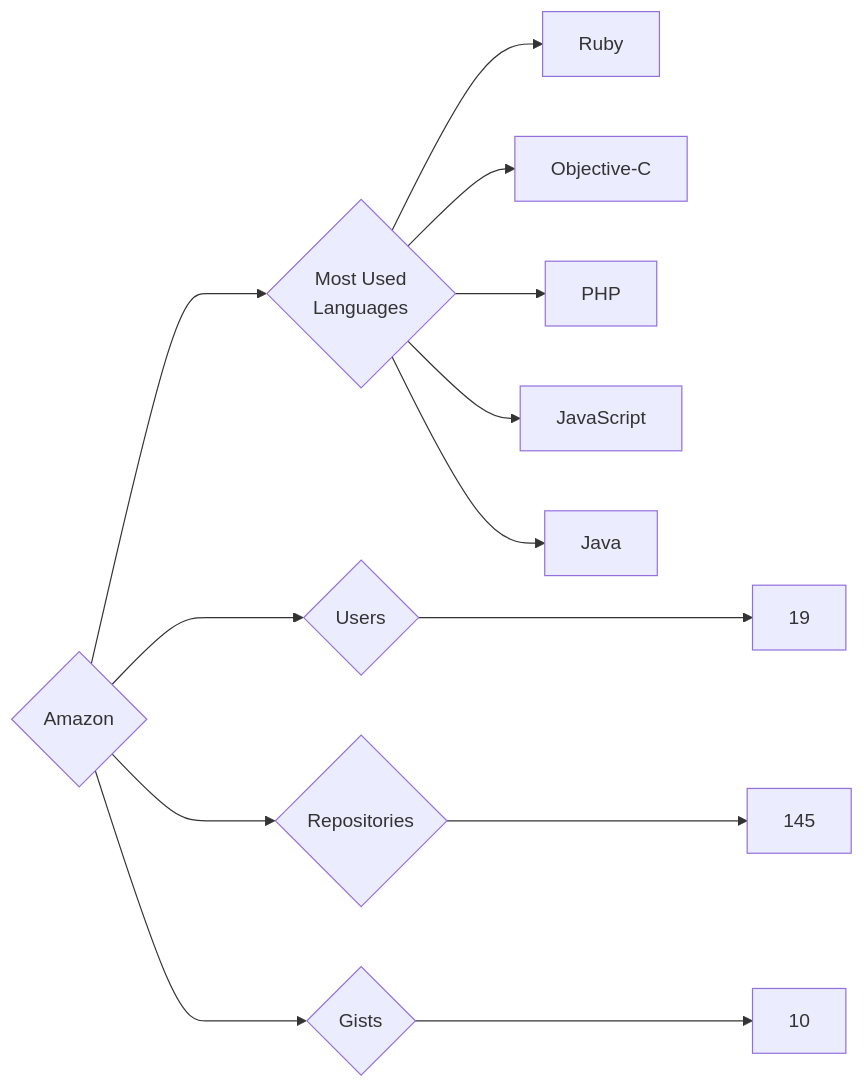
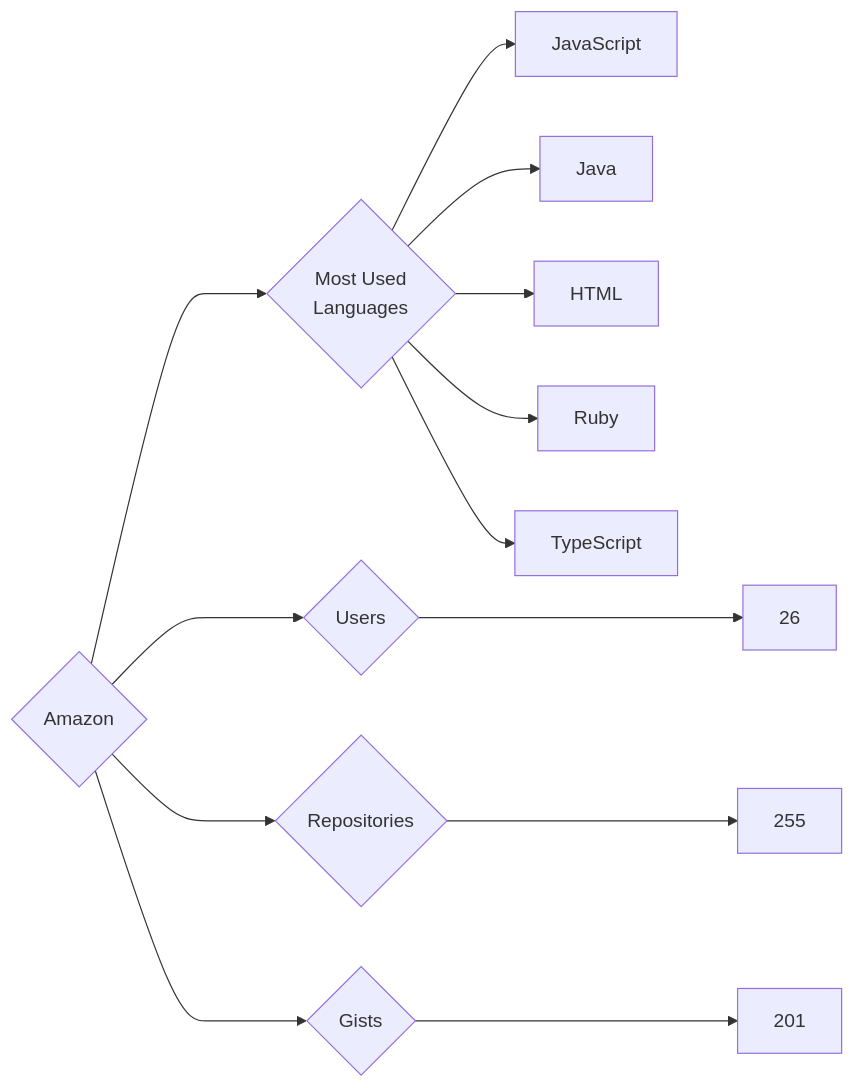
The diagram in targets/Amazon/README.md (trickest/insiders), drawn with Mermaid before and after one commit. The commit also changed 872 other files, not shown here.

````diff
--- a/targets/Amazon/README.md
+++ b/targets/Amazon/README.md
@@ -3,13 +3,13 @@
 ```mermaid
 graph LR
 COMPANY_NAME{Amazon}
-COMPANY_NAME ---> U{Users} ---> UN[19]
-COMPANY_NAME ---> R{Repositories} ---> RN[145]
-COMPANY_NAME ---> G{Gists} ---> GN[10]
+COMPANY_NAME ---> U{Users} ---> UN[26]
+COMPANY_NAME ---> R{Repositories} ---> RN[255]
+COMPANY_NAME ---> G{Gists} ---> GN[201]
 COMPANY_NAME ---> ML{Most Used<br>Languages}
-ML --> Ruby[Ruby]
-ML --> Objective-C[Objective-C]
-ML --> PHP[PHP]
 ML --> JavaScript[JavaScript]
 ML --> Java[Java]
+ML --> HTML[HTML]
+ML --> Ruby[Ruby]
+ML --> TypeScript[TypeScript]
 ```
````
